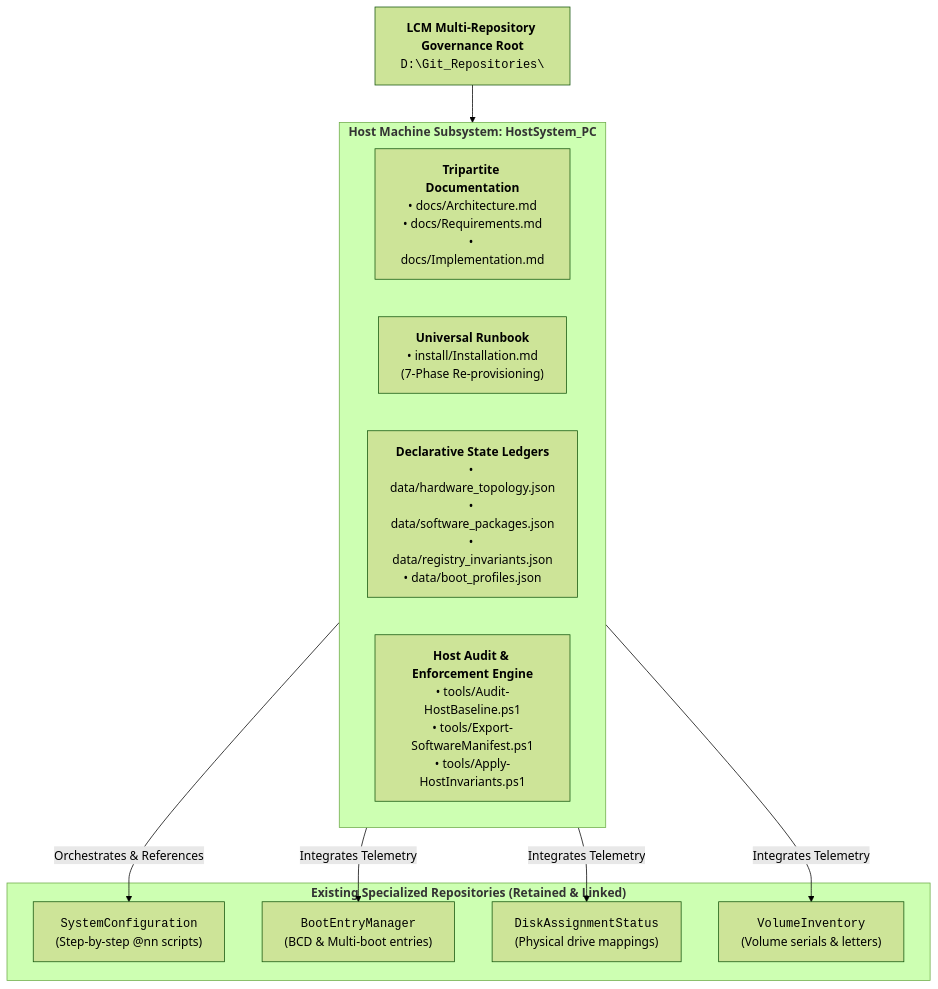
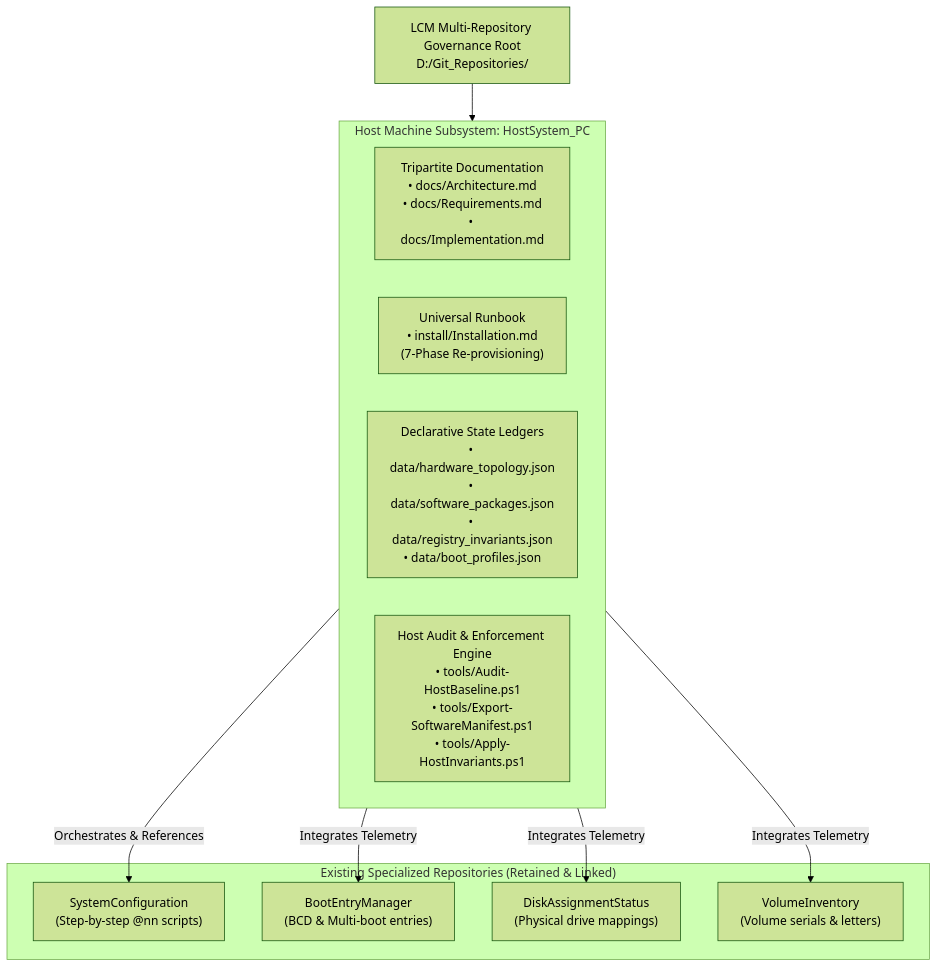
One commit to rgbigel/Workspace_AI changed the diagram in docs/PC_Host_Subsystem_Architecture_Proposal.md. Above: the diagram before and after it, drawn with Mermaid (forest theme). The commit also changed other lines of this file and 12 other files, not shown here.

Commit message:
docs: align tripartite specifications, Mermaid diagrams, and tool help flags to LCM Baseline v7.0.0

````diff
--- a/docs/PC_Host_Subsystem_Architecture_Proposal.md
+++ b/docs/PC_Host_Subsystem_Architecture_Proposal.md
@@ -29,24 +29,25 @@
 ```mermaid
 graph TD
-    Root["<b>LCM Multi-Repository Governance Root</b><br><code>D:\Git_Repositories\</code>"]
+    Root["LCM Multi-Repository Governance Root<br>D:/Git_Repositories/"]
     
-    subgraph HostSubsystem["<b>Host Machine Subsystem: HostSystem_PC</b>"]
-        H_Docs["<b>Tripartite Documentation</b><br>• docs/Architecture.md<br>• docs/Requirements.md<br>• docs/Implementation.md"]
-        H_Install["<b>Universal Runbook</b><br>• install/Installation.md<br>(7-Phase Re-provisioning)"]
-        H_Data["<b>Declarative State Ledgers</b><br>• data/hardware_topology.json<br>• data/software_packages.json<br>• data/registry_invariants.json<br>• data/boot_profiles.json"]
-        H_Tools["<b>Host Audit & Enforcement Engine</b><br>• tools/Audit-HostBaseline.ps1<br>• tools/Export-SoftwareManifest.ps1<br>• tools/Apply-HostInvariants.ps1"]
+    subgraph HostSubsystem["Host Machine Subsystem: HostSystem_PC"]
+        H_Docs["Tripartite Documentation<br>• docs/Architecture.md<br>• docs/Requirements.md<br>• docs/Implementation.md"]
+        H_Install["Universal Runbook<br>• install/Installation.md<br>(7-Phase Re-provisioning)"]
+        H_Data["Declarative State Ledgers<br>• data/hardware_topology.json<br>• data/software_packages.json<br>• data/registry_invariants.json<br>• data/boot_profiles.json"]
+        H_Tools["Host Audit & Enforcement Engine<br>• tools/Audit-HostBaseline.ps1<br>• tools/Export-SoftwareManifest.ps1<br>• tools/Apply-HostInvariants.ps1"]
     end
     
-    subgraph SpecializedRepos["<b>Existing Specialized Repositories (Retained & Linked)</b>"]
-        SC["<code>SystemConfiguration</code><br>(Step-by-step @nn scripts)"]
-        BM["<code>BootEntryManager</code><br>(BCD & Multi-boot entries)"]
-        DAS["<code>DiskAssignmentStatus</code><br>(Physical drive mappings)"]
-        VI["<code>VolumeInventory</code><br>(Volume serials & letters)"]
+    subgraph SpecializedRepos["Existing Specialized Repositories (Retained & Linked)"]
+        SC["SystemConfiguration<br>(Step-by-step @nn scripts)"]
+        BM["BootEntryManager<br>(BCD & Multi-boot entries)"]
+        DAS["DiskAssignmentStatus<br>(Physical drive mappings)"]
+        VI["VolumeInventory<br>(Volume serials & letters)"]
     end
     
     Root --> HostSubsystem
     HostSubsystem -->|Orchestrates & References| SC
     HostSubsystem -->|Integrates Telemetry| BM
     HostSubsystem -->|Integrates Telemetry| DAS
     HostSubsystem -->|Integrates Telemetry| VI
+
 ```
````
